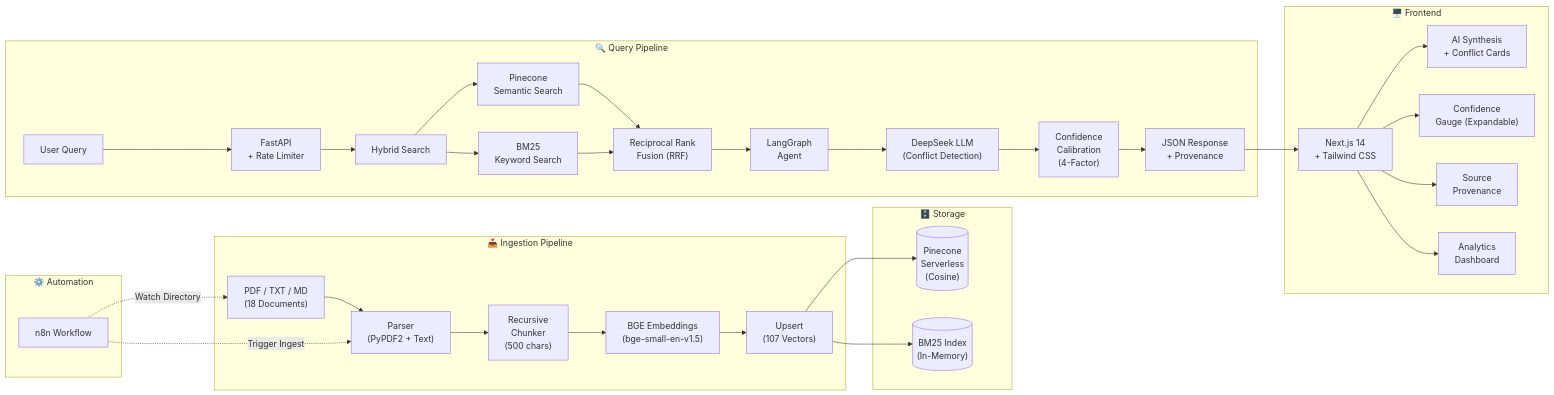
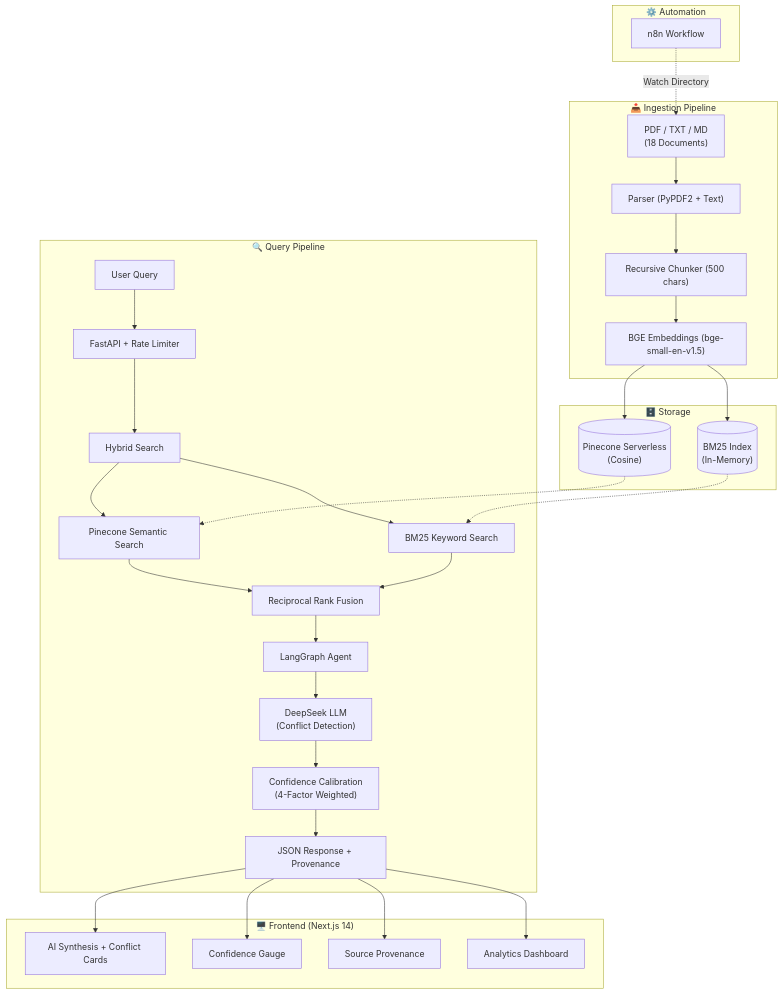
Before and after one commit to SatyamSingh-Git/RAG-Conflict-Detection-Engine: the diagram in README.md, drawn with Mermaid. The commit also changed other lines of this file, not shown here.

Commit message:
fix: make architecture diagram vertical for better readability

````diff
--- a/README.md
+++ b/README.md
@@ -11,40 +11,56 @@
 ```mermaid
-flowchart LR
-    subgraph Ingestion["📥 Ingestion Pipeline"]
-        FILES["PDF / TXT / MD\n(18 Documents)"] --> PARSE["Parser\n(PyPDF2 + Text)"]
-        PARSE --> CHUNK["Recursive\nChunker\n(500 chars)"]
-        CHUNK --> EMBED["BGE Embeddings\n(bge-small-en-v1.5)"]
-        EMBED --> UPSERT["Upsert\n(107 Vectors)"]
+flowchart TD
+    subgraph Automation["⚙️ Automation"]
+        N8N["n8n Workflow"]
     end
 
-    subgraph VectorDB["🗄️ Storage"]
-        UPSERT --> PINECONE[("Pinecone\nServerless\n(Cosine)")]
-        UPSERT --> BM25_IDX[("BM25 Index\n(In-Memory)")]
+    subgraph Ingestion["📥 Ingestion Pipeline"]
+        FILES["PDF / TXT / MD\n(18 Documents)"]
+        PARSE["Parser (PyPDF2 + Text)"]
+        CHUNK["Recursive Chunker (500 chars)"]
+        EMBED["BGE Embeddings (bge-small-en-v1.5)"]
+        FILES --> PARSE --> CHUNK --> EMBED
     end
 
-    subgraph Query["🔍 Query Pipeline"]
-        USER["User Query"] --> API["FastAPI\n+ Rate Limiter"]
-        API --> HYBRID["Hybrid Search"]
-        HYBRID --> VECTOR_S["Pinecone\nSemantic Search"]
-        HYBRID --> BM25_S["BM25\nKeyword Search"]
-        VECTOR_S --> RRF["Reciprocal Rank\nFusion (RRF)"]
-        BM25_S --> RRF
-        RRF --> LANGGRAPH["LangGraph\nAgent"]
-        LANGGRAPH --> DEEPSEEK["DeepSeek LLM\n(Conflict Detection)"]
-        DEEPSEEK --> CONFIDENCE["Confidence\nCalibration\n(4-Factor)"]
-        CONFIDENCE --> RESPONSE["JSON Response\n+ Provenance"]
+    subgraph Storage["🗄️ Storage"]
+        PINECONE[("Pinecone Serverless\n(Cosine)")]
+        BM25_IDX[("BM25 Index\n(In-Memory)")]
     end
 
-    subgraph Frontend["🖥️ Frontend"]
-        RESPONSE --> NEXTJS["Next.js 14\n+ Tailwind CSS"]
-        NEXTJS --> UI_SYNTH["AI Synthesis\n+ Conflict Cards"]
-        NEXTJS --> UI_GAUGE["Confidence\nGauge (Expandable)"]
-        NEXTJS --> UI_SOURCES["Source\nProvenance"]
-        NEXTJS --> UI_ANALYTICS["Analytics\nDashboard"]
+    EMBED --> PINECONE
+    EMBED --> BM25_IDX
+    N8N -.->|"Watch Directory"| FILES
+
+    subgraph QueryPipeline["🔍 Query Pipeline"]
+        USER["User Query"]
+        API["FastAPI + Rate Limiter"]
+        HYBRID["Hybrid Search"]
+        VECTOR_S["Pinecone Semantic Search"]
+        BM25_S["BM25 Keyword Search"]
+        RRF["Reciprocal Rank Fusion"]
+        LANGGRAPH["LangGraph Agent"]
+        DEEPSEEK["DeepSeek LLM\n(Conflict Detection)"]
+        CONFIDENCE["Confidence Calibration\n(4-Factor Weighted)"]
+        RESPONSE["JSON Response + Provenance"]
+
+        USER --> API --> HYBRID
+        HYBRID --> VECTOR_S --> RRF
+        HYBRID --> BM25_S --> RRF
+        RRF --> LANGGRAPH --> DEEPSEEK --> CONFIDENCE --> RESPONSE
     end
 
-    subgraph Automation["⚙️ Automation"]
-        N8N["n8n Workflow"] -.->|"Watch Directory"| FILES
-        N8N -.->|"Trigger Ingest"| PARSE
+    PINECONE -.-> VECTOR_S
+    BM25_IDX -.-> BM25_S
+
+    subgraph Frontend["🖥️ Frontend (Next.js 14)"]
+        UI_SYNTH["AI Synthesis + Conflict Cards"]
+        UI_GAUGE["Confidence Gauge"]
+        UI_SOURCES["Source Provenance"]
+        UI_ANALYTICS["Analytics Dashboard"]
     end
+
+    RESPONSE --> UI_SYNTH
+    RESPONSE --> UI_GAUGE
+    RESPONSE --> UI_SOURCES
+    RESPONSE --> UI_ANALYTICS
 ```
````
